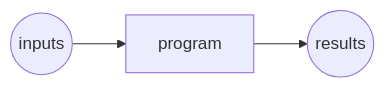
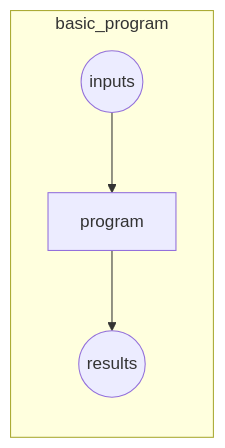
One commit to Jaas-Wang/smartbook changed the first of 10 diagrams in smartbook/Fastai-01.md. Above: the diagram before and after it, drawn with Mermaid. The commit also changed other lines of this file, not shown here.

````diff
--- a/smartbook/Fastai-01.md
+++ b/smartbook/Fastai-01.md
@@ -585,4 +585,6 @@
 ```mermaid
 graph LR
+subgraph basic_program
 in((inputs)) --> op[program] --> en((results))
+end
 ```
````
